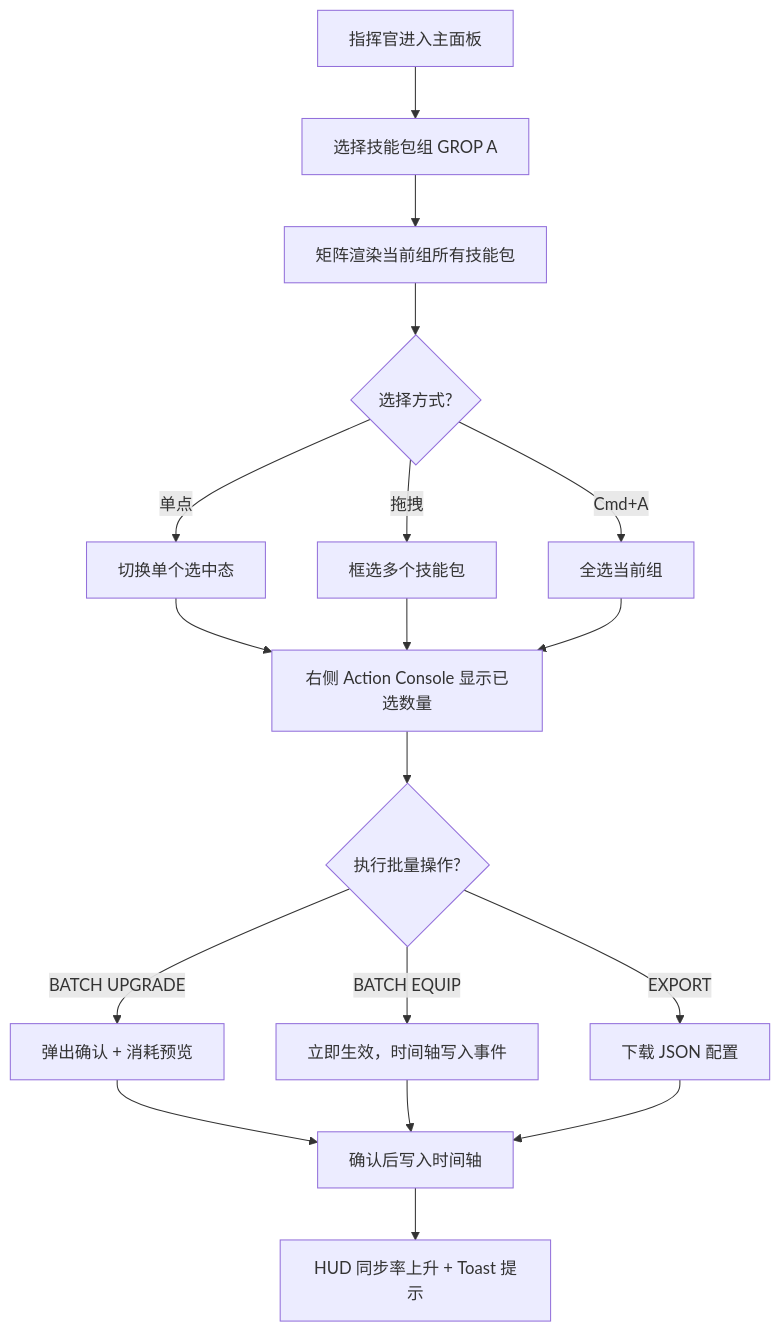
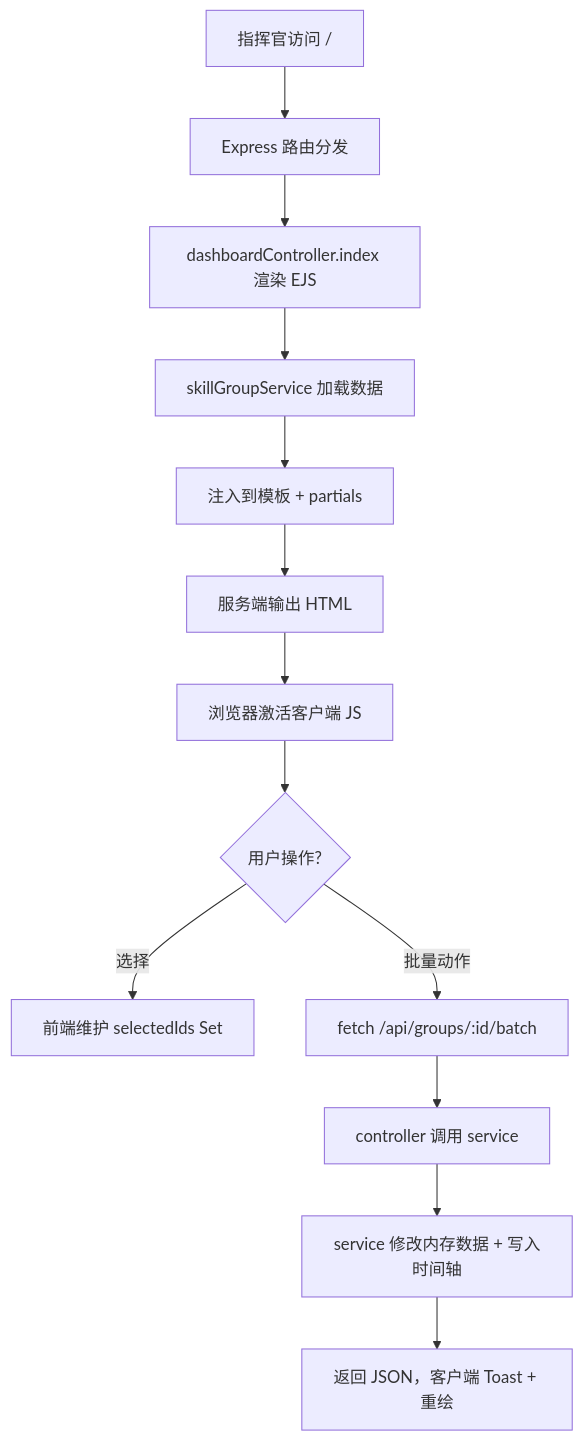
Before and after one commit to woshiabc55/AE: the diagram in .trae/documents/PRD.md, drawn with Mermaid. The commit also changed other lines of this file and 57 other files, not shown here.

````diff
--- a/.trae/documents/PRD.md
+++ b/.trae/documents/PRD.md
@@ -38,20 +38,15 @@
 ```mermaid
 flowchart TD
-    A["指挥官进入主面板"] --> B["选择技能包组 GROP A"]
-    B --> C["矩阵渲染当前组所有技能包"]
-    C --> D{"选择方式?"}
-    D -->|单点| E["切换单个选中态"]
-    D -->|拖拽| F["框选多个技能包"]
-    D -->|Cmd+A| G["全选当前组"]
-    E --> H["右侧 Action Console 显示已选数量"]
-    F --> H
-    G --> H
-    H --> I{"执行批量操作?"}
-    I -->|BATCH UPGRADE| J["弹出确认 + 消耗预览"]
-    I -->|BATCH EQUIP| K["立即生效，时间轴写入事件"]
-    I -->|EXPORT| L["下载 JSON 配置"]
-    J --> M["确认后写入时间轴"]
-    K --> M
-    L --> M
-    M --> N["HUD 同步率上升 + Toast 提示"]
+    A["指挥官访问 /"] --> B["Express 路由分发"]
+    B --> C["dashboardController.index 渲染 EJS"]
+    C --> D["skillGroupService 加载数据"]
+    D --> E["注入到模板 + partials"]
+    E --> F["服务端输出 HTML"]
+    F --> G["浏览器激活客户端 JS"]
+    G --> H{"用户操作?"}
+    H -->|选择| I["前端维护 selectedIds Set"]
+    H -->|批量动作| J["fetch /api/groups/:id/batch"]
+    J --> K["controller 调用 service"]
+    K --> L["service 修改内存数据 + 写入时间轴"]
+    L --> M["返回 JSON，客户端 Toast + 重绘"]
 ```
````
